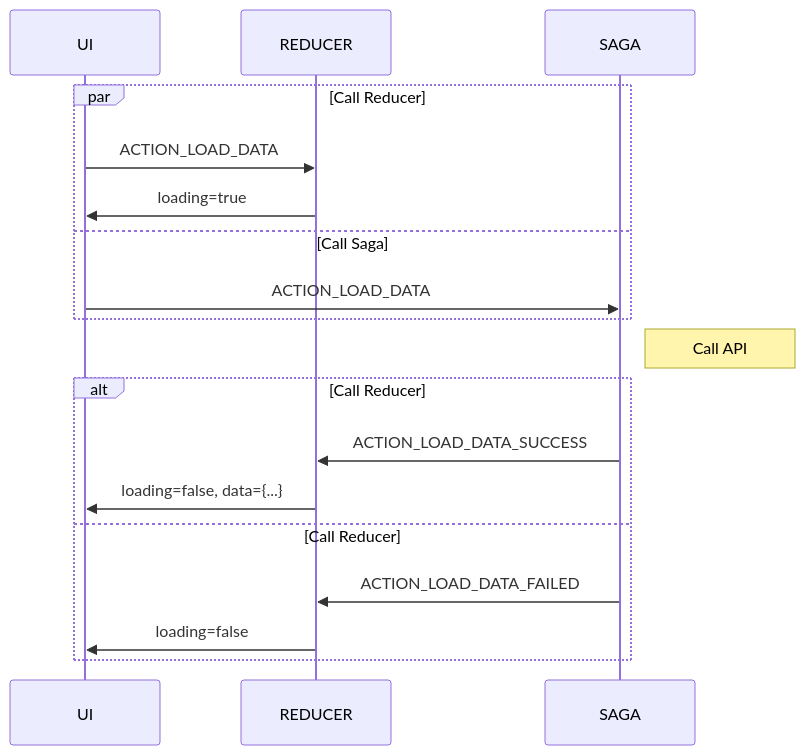
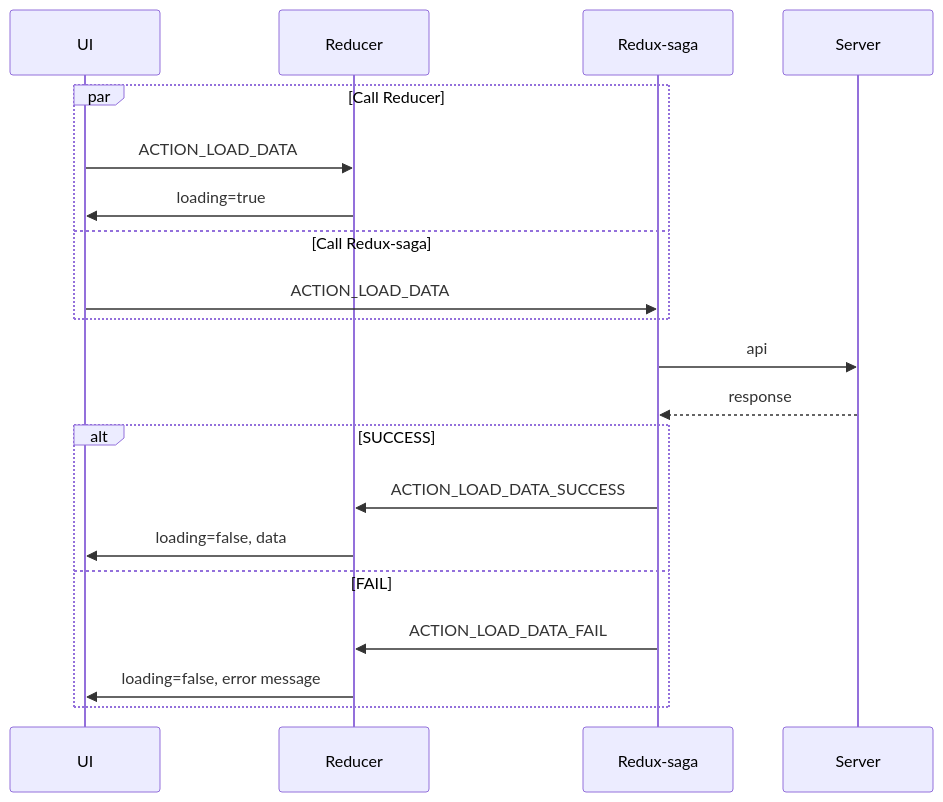
One commit to tsengyushiang/notes changed the diagram in front-end/reduxSaga.md. Above: the diagram before and after it, drawn with Mermaid.

````diff
--- a/front-end/reduxSaga.md
+++ b/front-end/reduxSaga.md
@@ -209,20 +209,22 @@
 ```mermaid
 sequenceDiagram
     
     par Call Reducer
-        UI->>REDUCER: ACTION_LOAD_DATA
-        REDUCER->>UI: loading=true
-    and Call Saga
-        UI->>SAGA: ACTION_LOAD_DATA
+        UI->>Reducer: ACTION_LOAD_DATA
+        Reducer->>UI: loading=true
+    and Call Redux-saga
+        UI->>Redux-saga: ACTION_LOAD_DATA
     end
 
-    Note right of SAGA: Call API
-    alt Call Reducer
-        SAGA->>REDUCER: ACTION_LOAD_DATA_SUCCESS
-        REDUCER->>UI: loading=false, data={...} 
-    else Call Reducer
-        SAGA->>REDUCER: ACTION_LOAD_DATA_FAILED
-        REDUCER->>UI: loading=false 
+    Redux-saga->>Server: api
+    Server-->>Redux-saga: response
+    
+    alt SUCCESS
+        Redux-saga->>Reducer: ACTION_LOAD_DATA_SUCCESS
+        Reducer->>UI: loading=false, data
+    else FAIL
+        Redux-saga->>Reducer: ACTION_LOAD_DATA_FAIL
+        Reducer->>UI: loading=false, error message 
     end
 
 ```
````
